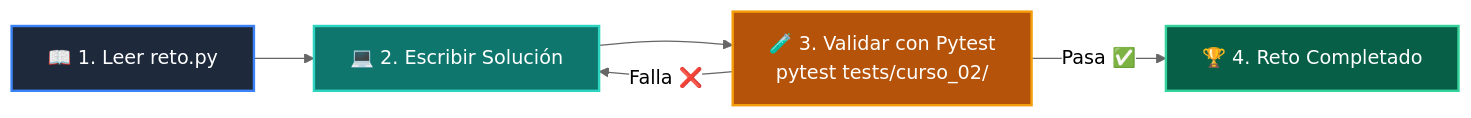
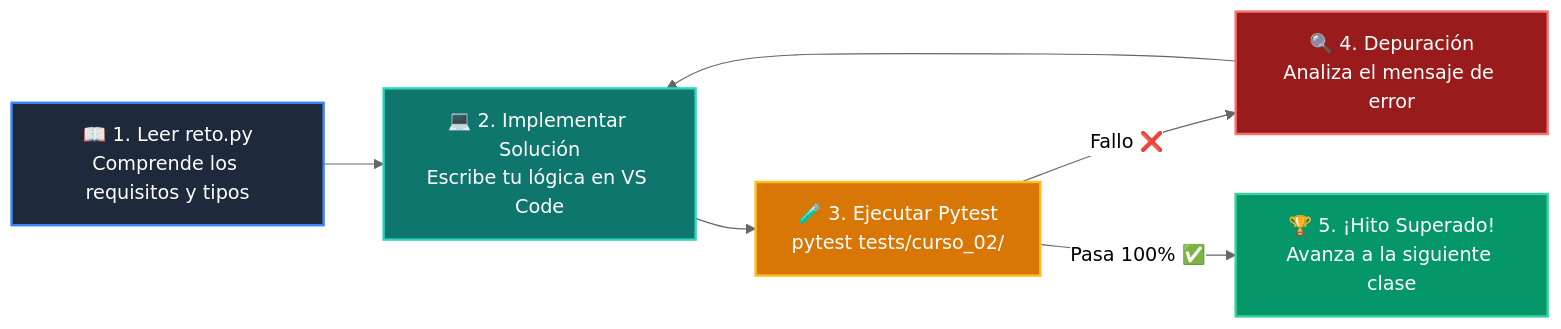
The diagram in 02-algoritmos-estructuras/clase-01-analisis-complejidad-big-o/ejercicios/README.md (wisrovi/wisrovi-python), drawn with Mermaid (neutral theme) before and after one commit. The commit also changed other lines of this file and 226 other files, not shown here.

Commit message:
docs: elevate all repository READMEs to world-class mastery standard with rich pedagogical architecture, custom Mermaids, and professional styling

````diff
--- a/02-algoritmos-estructuras/clase-01-analisis-complejidad-big-o/ejercicios/README.md
+++ b/02-algoritmos-estructuras/clase-01-analisis-complejidad-big-o/ejercicios/README.md
@@ -15,12 +20,14 @@
 ```mermaid
 flowchart LR
-    A["📖 1. Leer reto.py"] --> B["💻 2. Escribir Solución"]
-    B --> C["🧪 3. Validar con Pytest<br/>pytest tests/curso_02/"]
-    C -->|Falla ❌| B
-    C -->|Pasa ✅| D["🏆 4. Reto Completado"]
+    A["📖 1. Leer reto.py<br/>Comprende los requisitos y tipos"] --> B["💻 2. Implementar Solución<br/>Escribe tu lógica en VS Code"]
+    B --> C["🧪 3. Ejecutar Pytest<br/>pytest tests/curso_02/"]
+    C -->|Fallo ❌| D["🔍 4. Depuración<br/>Analiza el mensaje de error"]
+    D --> B
+    C -->|Pasa 100% ✅| E["🏆 5. ¡Hito Superado!<br/>Avanza a la siguiente clase"]
 
-    style A fill:#1e293b,color:#fff,stroke:#3b82f6,stroke-width:2px
-    style B fill:#0f766e,color:#fff,stroke:#2dd4bf,stroke-width:2px
-    style C fill:#b45309,color:#fff,stroke:#f59e0b,stroke-width:2px
-    style D fill:#065f46,color:#fff,stroke:#34d399,stroke-width:2px
+    style A fill:#1e293b,color:#ffffff,stroke:#3b82f6,stroke-width:2px
+    style B fill:#0f766e,color:#ffffff,stroke:#2dd4bf,stroke-width:2px
+    style C fill:#d97706,color:#ffffff,stroke:#fbbf24,stroke-width:2px
+    style D fill:#991b1b,color:#ffffff,stroke:#f87171,stroke-width:2px
+    style E fill:#059669,color:#ffffff,stroke:#34d399,stroke-width:2px
 ```
````
